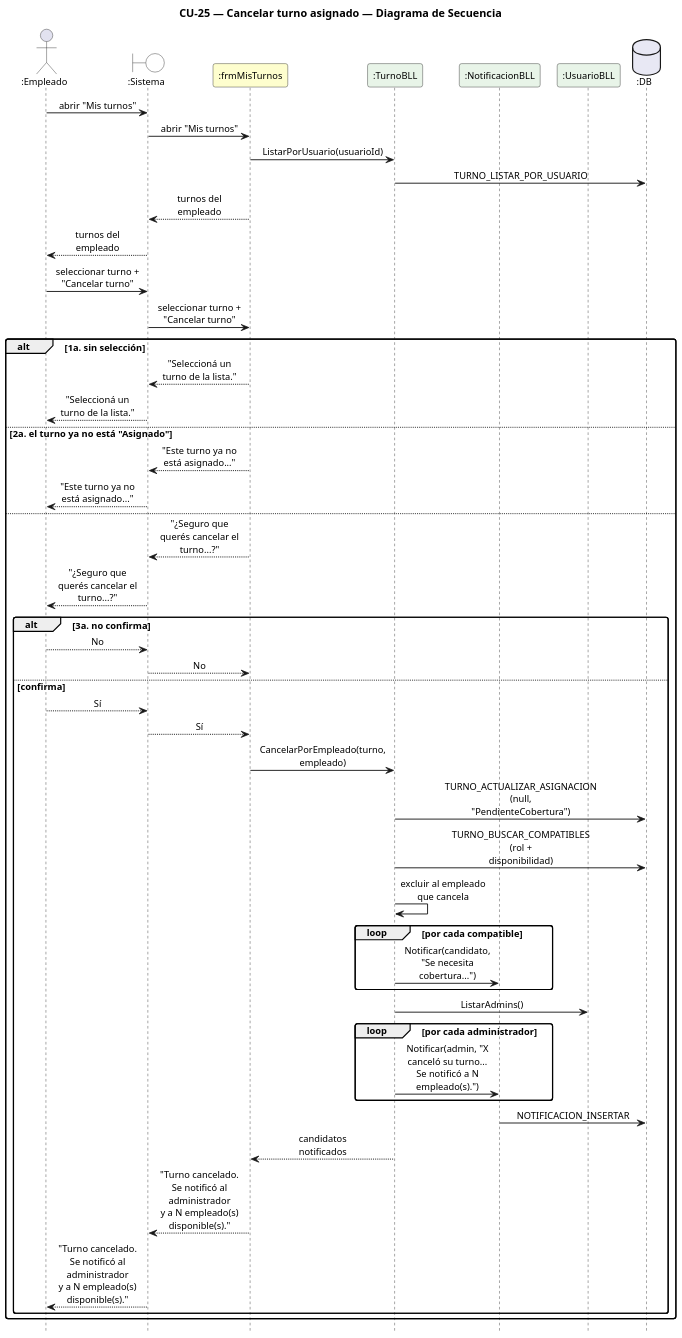
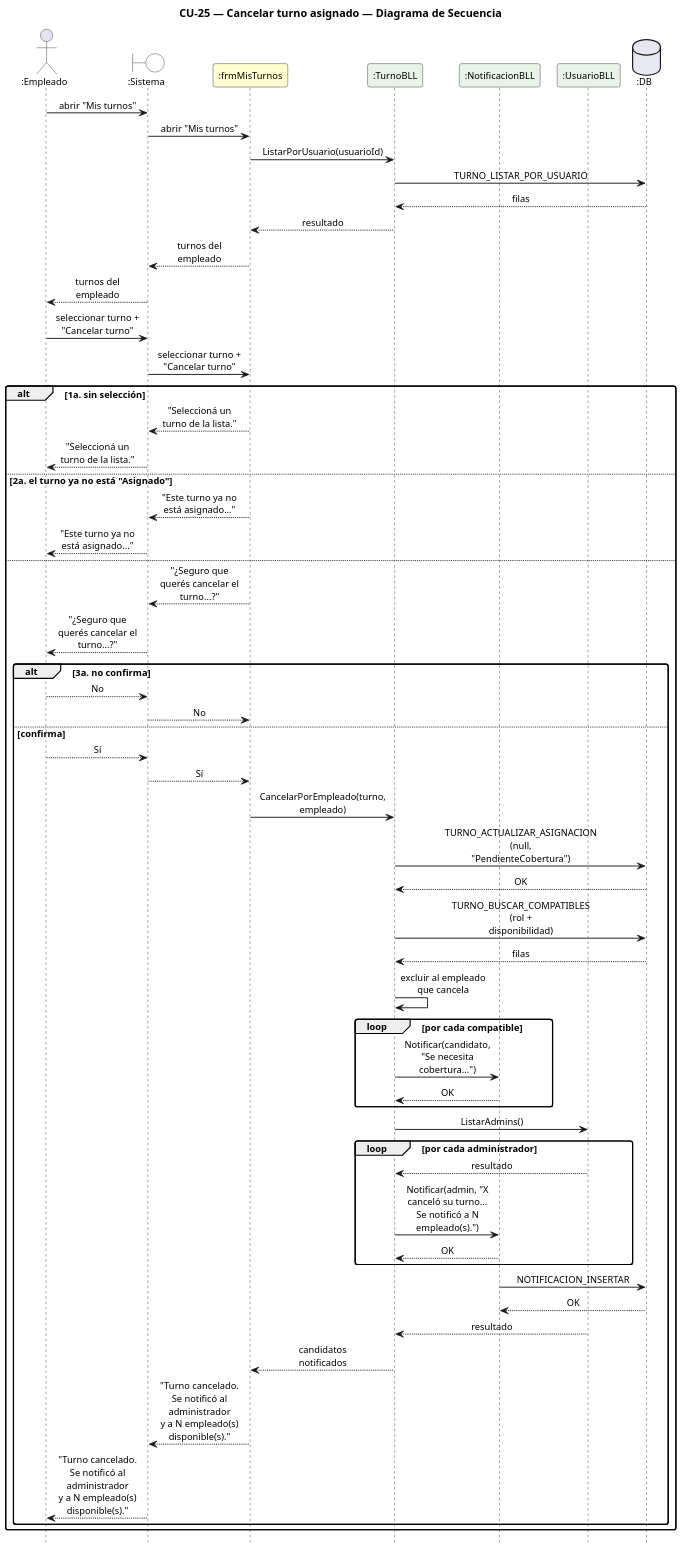
One commit to Urrels/ingenieria_software changed the diagram in DIAGRAMAS/DiagramaSecuencia_CU25_CancelarTurno.puml. Above: the diagram before and after it, drawn with PlantUML. The commit also changed 104 other files, not shown here.

First line of the commit message:
Instalador en un clic, retornos en los diagramas y CU separados en alta/baja/modificación

```diff
--- a/DIAGRAMAS/DiagramaSecuencia_CU25_CancelarTurno.puml
+++ b/DIAGRAMAS/DiagramaSecuencia_CU25_CancelarTurno.puml
@@ -1,65 +1,74 @@
 @startuml DiagramaSecuencia_CU25_CancelarTurno
 
 title CU-25 — Cancelar turno asignado — Diagrama de Secuencia
 
 skinparam shadowing false
 skinparam roundcorner 6
 skinparam sequenceArrowThickness 1.2
 skinparam ParticipantPadding 6
 skinparam BoxPadding 4
 skinparam maxMessageSize 115
 skinparam sequenceMessageAlign center
 skinparam defaultFontSize 12
 skinparam dpi 140
 hide footbox
 
 actor ":Empleado" as E
 boundary ":Sistema" as SYS #FFFFFF
 participant ":frmMisTurnos" as F #FEFECE
 participant ":TurnoBLL" as T #E8F4E8
 participant ":NotificacionBLL" as N #E8F4E8
 participant ":UsuarioBLL" as UB #E8F4E8
 database ":DB" as DB #E8E8F4
 
 E -> SYS : abrir "Mis turnos"
 SYS -> F : abrir "Mis turnos"
 F -> T : ListarPorUsuario(usuarioId)
 T -> DB : TURNO_LISTAR_POR_USUARIO
+DB --> T : filas
+T --> F : resultado
 F --> SYS : turnos del empleado
 SYS --> E : turnos del empleado
 E -> SYS : seleccionar turno + "Cancelar turno"
 SYS -> F : seleccionar turno + "Cancelar turno"
 alt 1a. sin selección
   F --> SYS : "Seleccioná un turno de la lista."
   SYS --> E : "Seleccioná un turno de la lista."
 else 2a. el turno ya no está "Asignado"
   F --> SYS : "Este turno ya no está asignado..."
   SYS --> E : "Este turno ya no está asignado..."
 else
   F --> SYS : "¿Seguro que querés cancelar el turno...?"
   SYS --> E : "¿Seguro que querés cancelar el turno...?"
   alt 3a. no confirma
     E --> SYS : No
     SYS --> F : No
   else confirma
     E --> SYS : Sí
     SYS --> F : Sí
     F -> T : CancelarPorEmpleado(turno, empleado)
     T -> DB : TURNO_ACTUALIZAR_ASIGNACION (null, "PendienteCobertura")
+    DB --> T : OK
     T -> DB : TURNO_BUSCAR_COMPATIBLES\n(rol + disponibilidad)
+    DB --> T : filas
     T -> T : excluir al empleado que cancela
     loop por cada compatible
       T -> N : Notificar(candidato, "Se necesita cobertura...")
+      N --> T : OK
     end
     T -> UB : ListarAdmins()
     loop por cada administrador
+      UB --> T : resultado
       T -> N : Notificar(admin, "X canceló su turno...\nSe notificó a N empleado(s).")
+      N --> T : OK
     end
     N -> DB : NOTIFICACION_INSERTAR
+    DB --> N : OK
+    UB --> T : resultado
     T --> F : candidatos notificados
     F --> SYS : "Turno cancelado. Se notificó al administrador\ny a N empleado(s) disponible(s)."
     SYS --> E : "Turno cancelado. Se notificó al administrador\ny a N empleado(s) disponible(s)."
   end
 end
 
 @enduml
```
